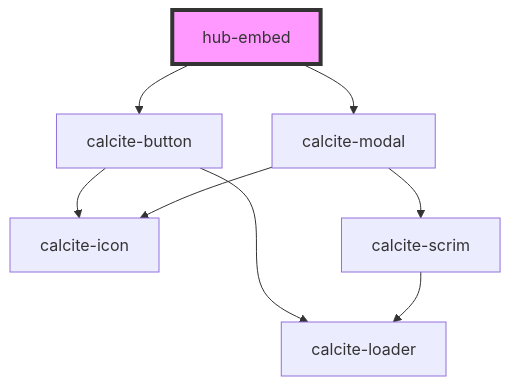
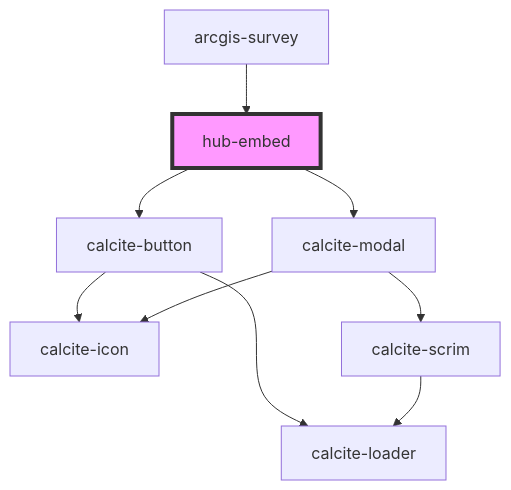
The diagram in src/components/hub-embed/readme.md (esridc/hub-components-experiments), drawn with Mermaid before and after one commit. The commit also changed other lines of this file and 4 other files, not shown here.

Commit message:
Added embed example to Survey

````diff
--- a/src/components/hub-embed/readme.md
+++ b/src/components/hub-embed/readme.md
@@ -25,11 +29,12 @@
 ```mermaid
 graph TD;
   hub-embed --> calcite-button
   hub-embed --> calcite-modal
   calcite-button --> calcite-loader
   calcite-button --> calcite-icon
   calcite-modal --> calcite-scrim
   calcite-modal --> calcite-icon
   calcite-scrim --> calcite-loader
+  arcgis-survey --> hub-embed
   style hub-embed fill:#f9f,stroke:#333,stroke-width:4px
 ```
````
